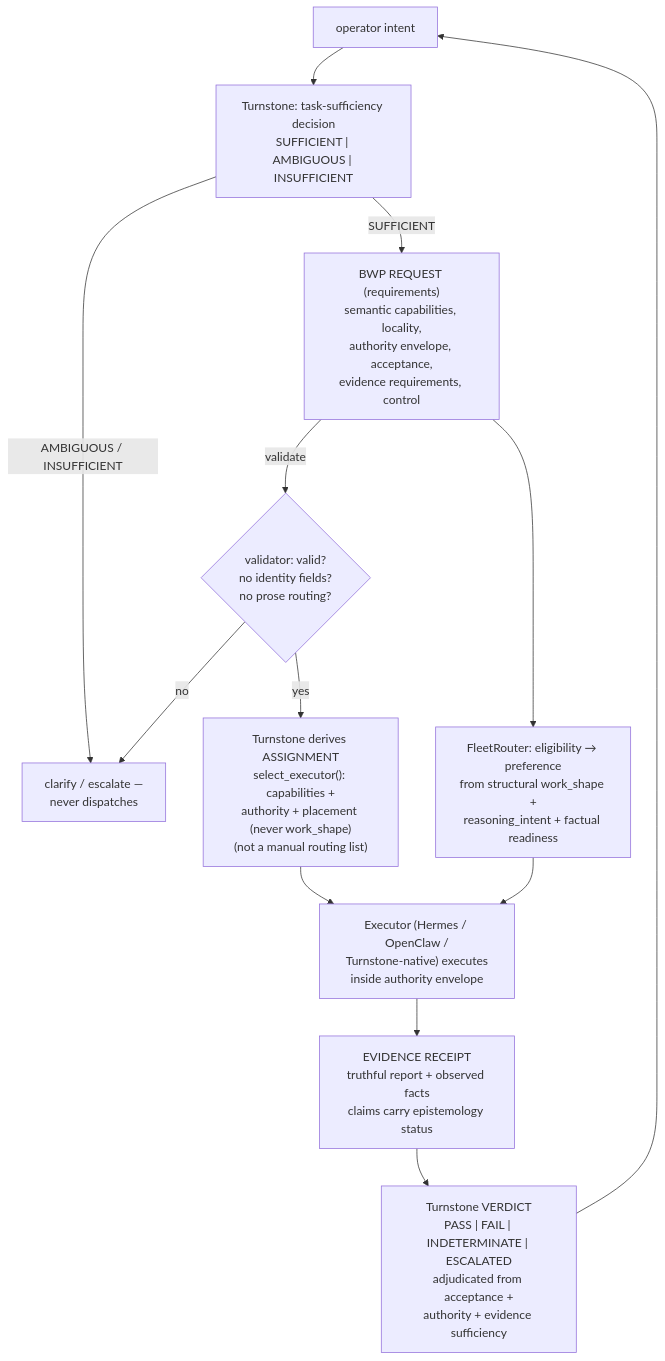
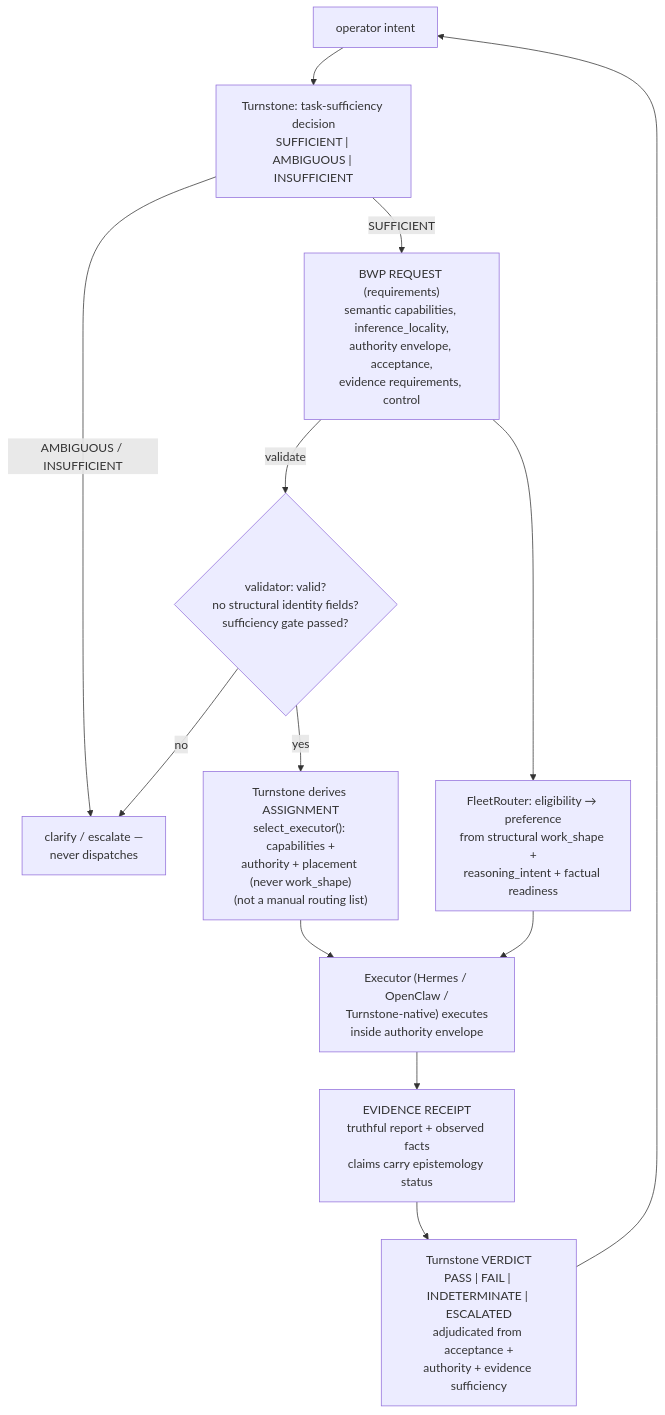
Before and after one commit to RedEyeNinja-BKK/turnstone: the diagram in docs/localclaw/fleet-governance-v1/FLEET-GOVERNANCE-V1-DESIGN.md, drawn with Mermaid. The commit also changed other lines of this file and 14 other files, not shown here.

````diff
--- a/docs/localclaw/fleet-governance-v1/FLEET-GOVERNANCE-V1-DESIGN.md
+++ b/docs/localclaw/fleet-governance-v1/FLEET-GOVERNANCE-V1-DESIGN.md
@@ -53,15 +53,15 @@
 ```mermaid
 flowchart TD
     A["operator intent"] --> B["Turnstone: task-sufficiency decision<br/>SUFFICIENT | AMBIGUOUS | INSUFFICIENT"]
     B -->|AMBIGUOUS / INSUFFICIENT| E["clarify / escalate —<br/>never dispatches"]
-    B -->|SUFFICIENT| C["BWP REQUEST (requirements)<br/>semantic capabilities, locality,<br/>authority envelope, acceptance,<br/>evidence requirements, control"]
-    C -->|validate| C2{"validator: valid?<br/>no identity fields?<br/>no prose routing?"}
+    B -->|SUFFICIENT| C["BWP REQUEST (requirements)<br/>semantic capabilities, inference_locality,<br/>authority envelope, acceptance,<br/>evidence requirements, control"]
+    C -->|validate| C2{"validator: valid?<br/>no structural identity fields?<br/>sufficiency gate passed?"}
     C2 -->|no| E
     C2 -->|yes| D["Turnstone derives ASSIGNMENT<br/>select_executor(): capabilities +<br/>authority + placement (never work_shape)<br/>(not a manual routing list)"]
     D --> F["Executor (Hermes / OpenClaw /<br/>Turnstone-native) executes<br/>inside authority envelope"]
     C --> G["FleetRouter: eligibility → preference<br/>from structural work_shape +<br/>reasoning_intent + factual readiness"]
     G --> F
     F --> H["EVIDENCE RECEIPT<br/>truthful report + observed facts<br/>claims carry epistemology status"]
     H --> I["Turnstone VERDICT<br/>PASS | FAIL | INDETERMINATE | ESCALATED<br/>adjudicated from acceptance +<br/>authority + evidence sufficiency"]
     I --> A
 ```
````
